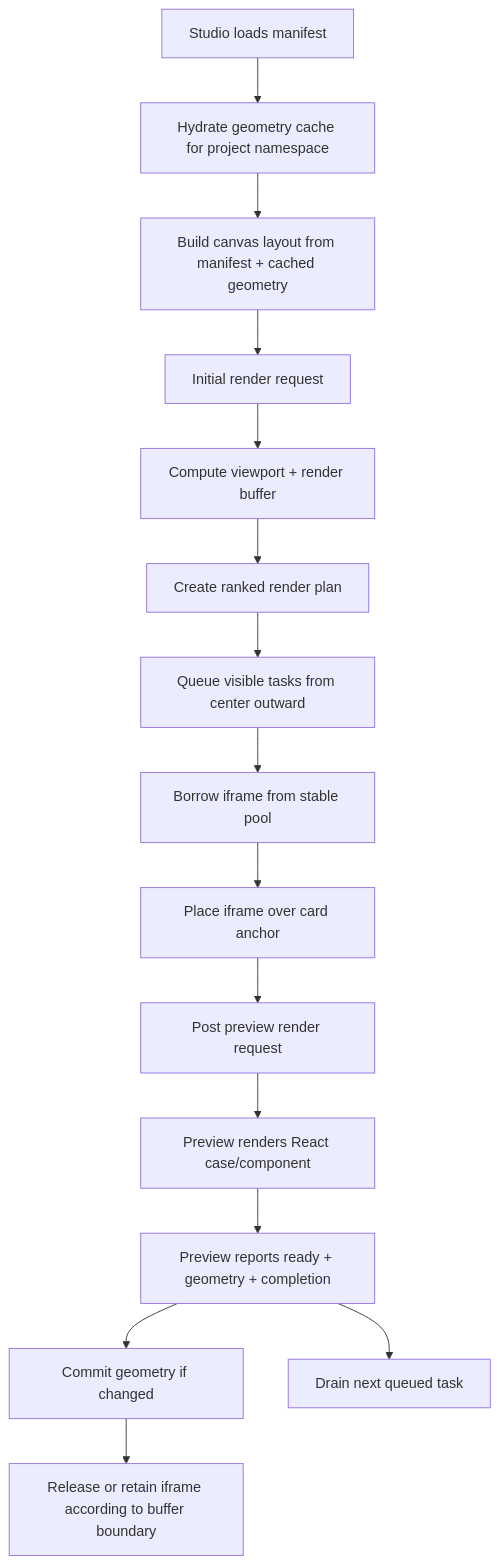
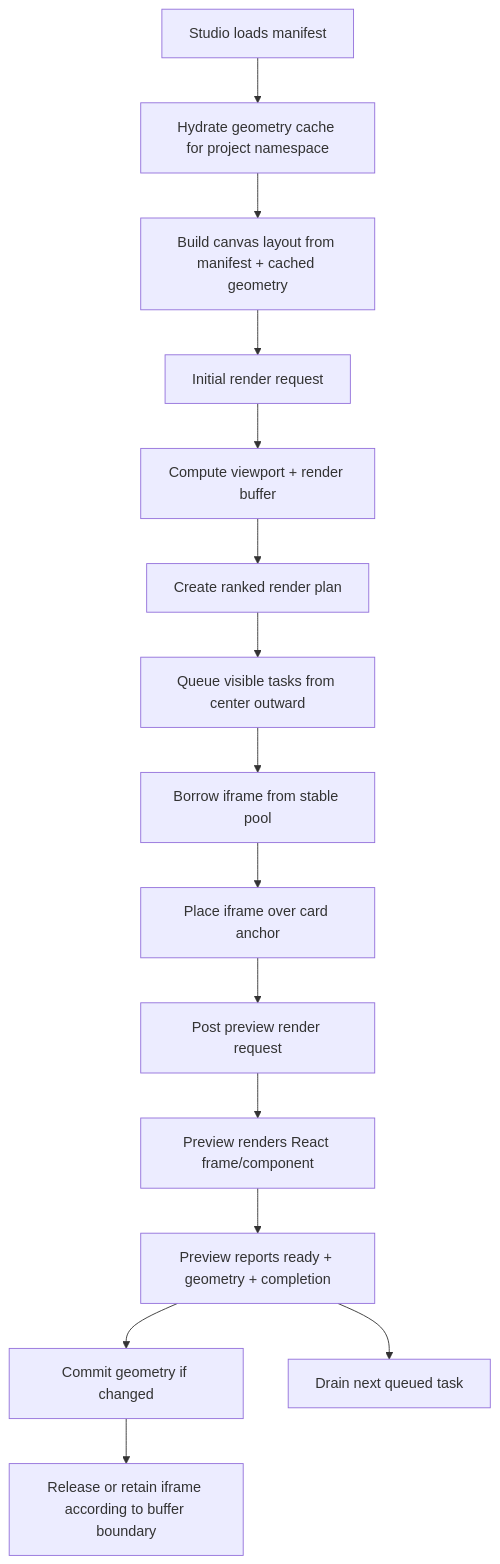
Before and after one commit to tuoxiansp/gtsx: the diagram in traces/2026-05-28-studio-canvas-performance-optimization.md, drawn with Mermaid. The commit also changed other lines of this file and 165 other files, not shown here.

````diff
--- a/traces/2026-05-28-studio-canvas-performance-optimization.md
+++ b/traces/2026-05-28-studio-canvas-performance-optimization.md
@@ -214,17 +214,17 @@
 ```mermaid
 flowchart TD
   A["Studio loads manifest"] --> B["Hydrate geometry cache for project namespace"]
   B --> C["Build canvas layout from manifest + cached geometry"]
   C --> D["Initial render request"]
   D --> E["Compute viewport + render buffer"]
   E --> F["Create ranked render plan"]
   F --> G["Queue visible tasks from center outward"]
   G --> H["Borrow iframe from stable pool"]
   H --> I["Place iframe over card anchor"]
   I --> J["Post preview render request"]
-  J --> K["Preview renders React case/component"]
+  J --> K["Preview renders React frame/component"]
   K --> L["Preview reports ready + geometry + completion"]
   L --> M["Commit geometry if changed"]
   M --> N["Release or retain iframe according to buffer boundary"]
   L --> O["Drain next queued task"]
 ```
````
